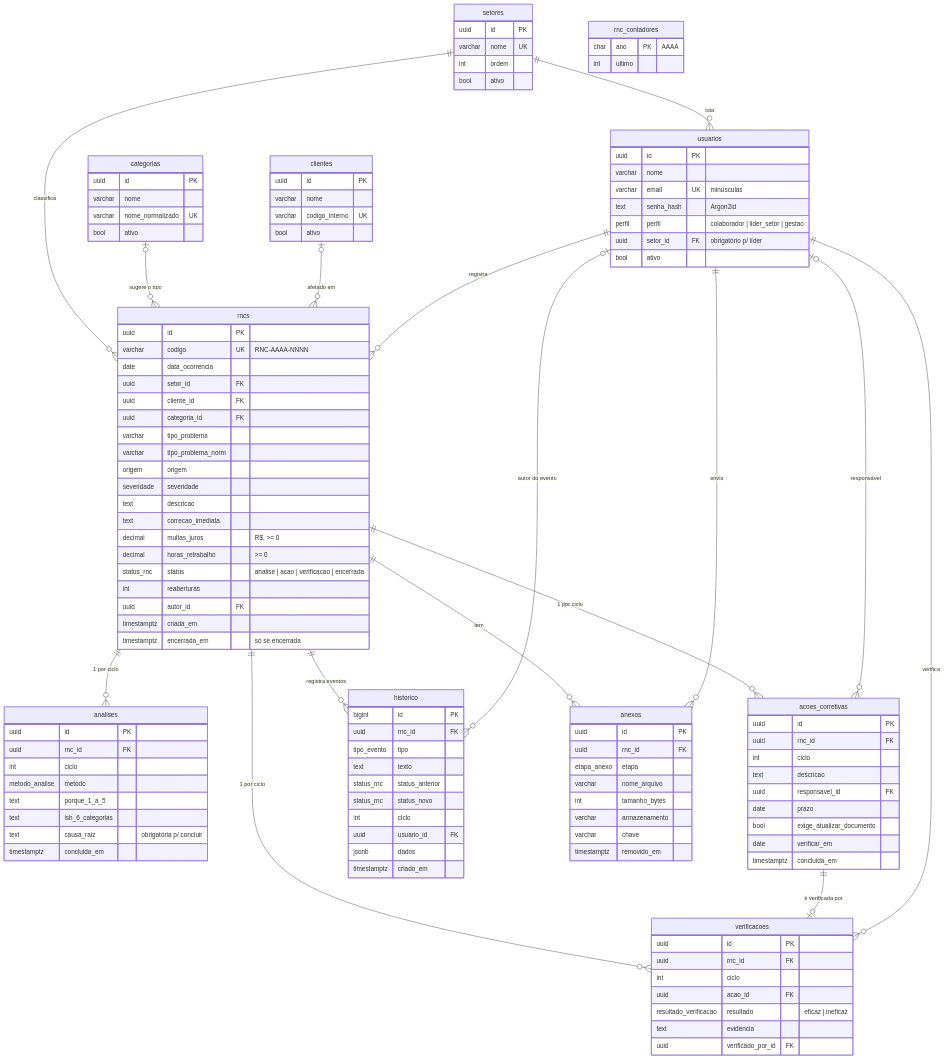
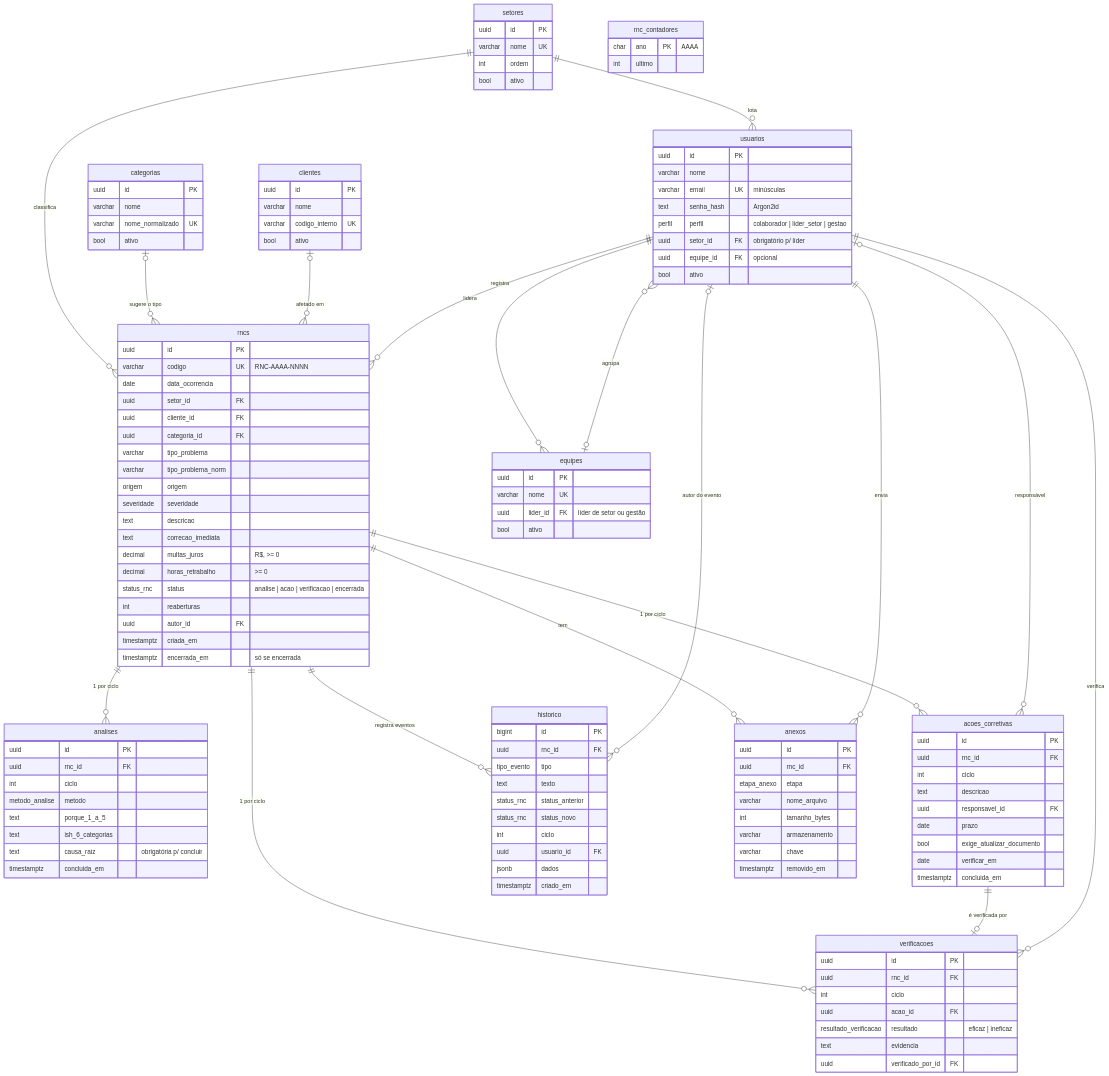
The diagram in docs/modelo-de-dados.md (RaphaelReczcki/rnc-conflex), drawn with Mermaid before and after one commit. The commit also changed 20 other files, not shown here.

```diff
--- a/docs/modelo-de-dados.md
+++ b/docs/modelo-de-dados.md
@@ -21,7 +21,15 @@
     usuarios ||--o{ verificacoes : "verifica"
     usuarios |o--o{ historico : "autor do evento"
     usuarios ||--o{ anexos : "envia"
+    usuarios ||--o{ equipes : "lidera"
+    equipes |o--o{ usuarios : "agrupa"
 
+    equipes {
+        uuid id PK
+        varchar nome UK
+        uuid lider_id FK "líder de setor ou gestão"
+        bool ativo
+    }
     usuarios {
         uuid id PK
         varchar nome
@@ -29,6 +37,7 @@
         text senha_hash "Argon2id"
         perfil perfil "colaborador | lider_setor | gestao"
         uuid setor_id FK "obrigatório p/ líder"
+        uuid equipe_id FK "opcional"
         bool ativo
     }
     setores {
```
